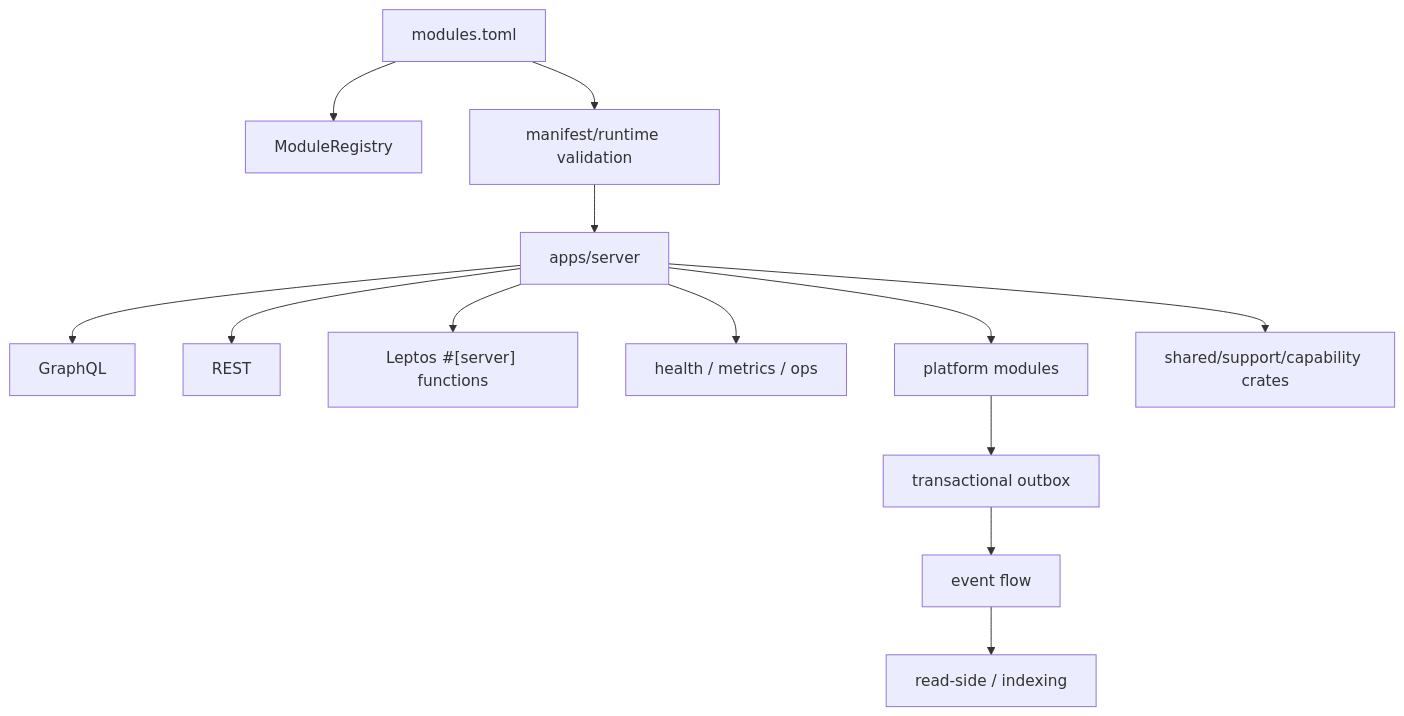
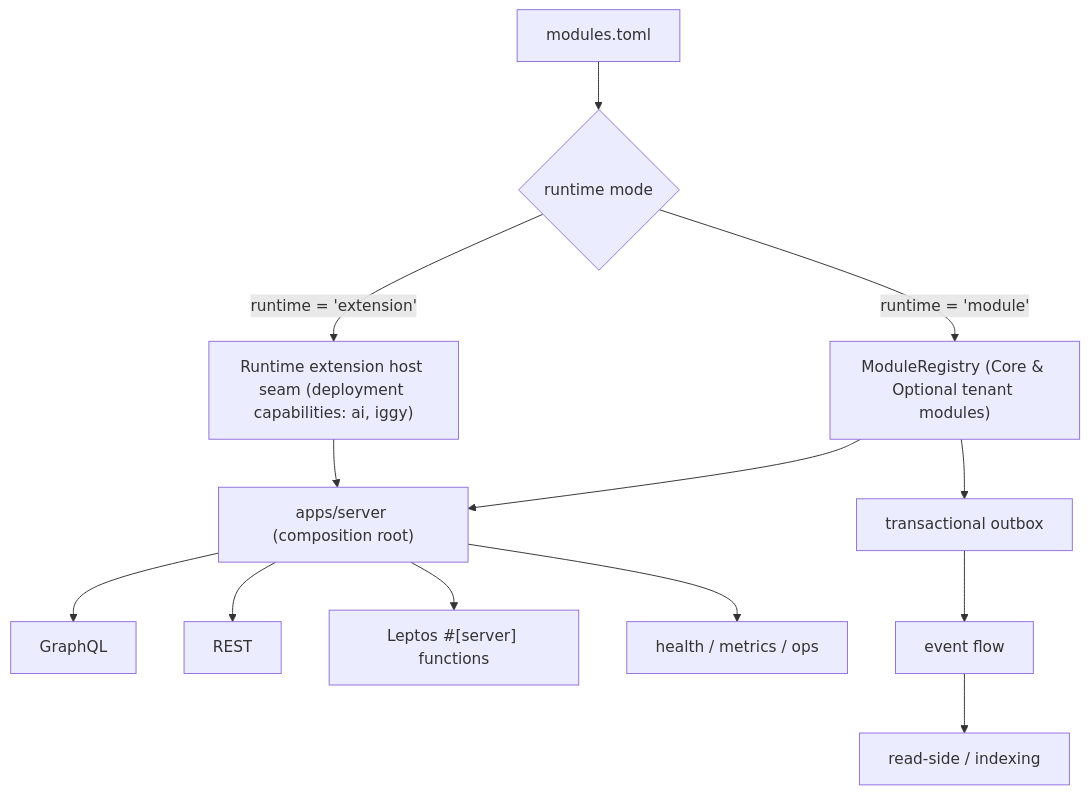
The second of 5 diagrams in docs/architecture/diagram.md (RusTokRs/RusTok), drawn with Mermaid before and after one commit. The commit also changed other lines of this file and 236 other files, not shown here.

````diff
--- a/docs/architecture/diagram.md
+++ b/docs/architecture/diagram.md
@@ -148,18 +118,18 @@
 ```mermaid
 flowchart TD
-    MANIFEST["modules.toml"] --> REGISTRY["ModuleRegistry"]
-    MANIFEST --> VALIDATE["manifest/runtime validation"]
-    VALIDATE --> SERVER["apps/server"]
+    MANIFEST["modules.toml"] --> SPLIT{"runtime mode"}
+    SPLIT -->|"runtime = 'module'"| REGISTRY["ModuleRegistry (Core & Optional tenant modules)"]
+    SPLIT -->|"runtime = 'extension'"| EXT_SEAM["Runtime extension host seam (deployment capabilities: ai, iggy)"]
+    
+    REGISTRY --> SERVER["apps/server (composition root)"]
+    EXT_SEAM --> SERVER
 
     SERVER --> GRAPHQL["GraphQL"]
     SERVER --> REST["REST"]
     SERVER --> SERVER_FN["Leptos #[server] functions"]
     SERVER --> HEALTH["health / metrics / ops"]
 
-    SERVER --> MODULES["platform modules"]
-    SERVER --> SUPPORT["shared/support/capability crates"]
-
-    MODULES --> OUTBOX["transactional outbox"]
+    REGISTRY --> OUTBOX["transactional outbox"]
     OUTBOX --> EVENTS["event flow"]
     EVENTS --> INDEX["read-side / indexing"]
 ```
````
